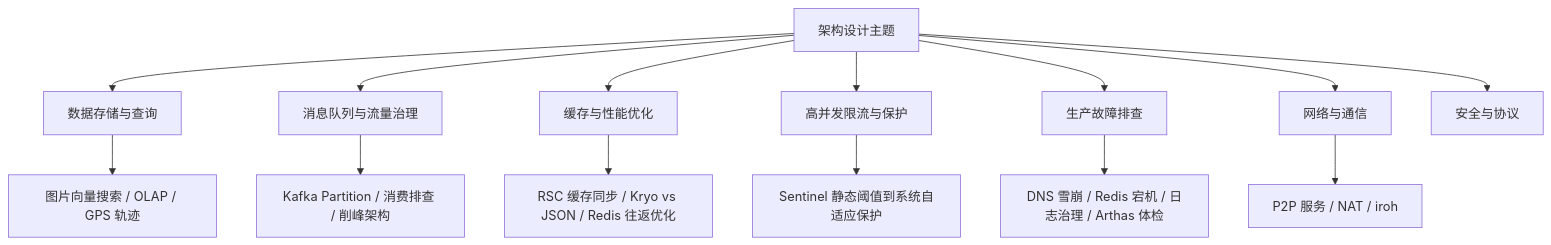
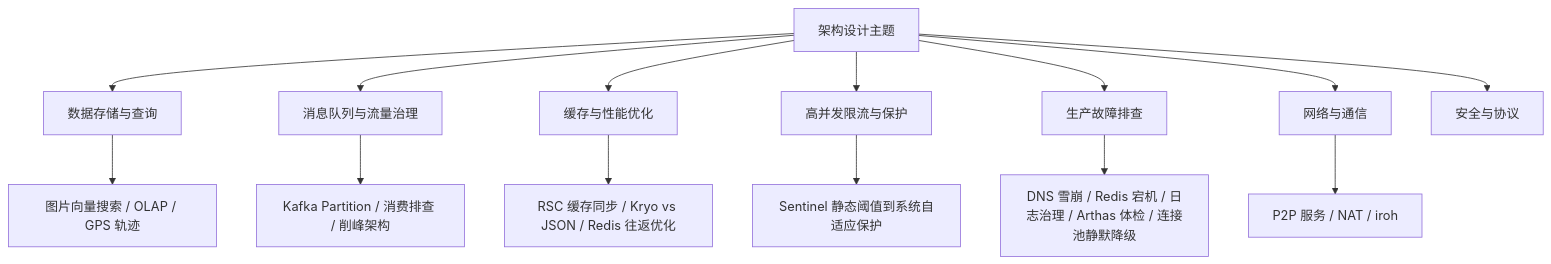
One commit to nishigepi8/note changed the diagram in 架构设计/README.md. Above: the diagram before and after it, drawn with Mermaid. The commit also changed other lines of this file and 1 other file, not shown here.

````diff
--- a/架构设计/README.md
+++ b/架构设计/README.md
@@ -16,16 +16,16 @@
 ```mermaid
 flowchart TB
     A[架构设计主题] --> B[数据存储与查询]
     A --> C[消息队列与流量治理]
     A --> D[缓存与性能优化]
     A --> E[高并发限流与保护]
     A --> F[生产故障排查]
     A --> G[网络与通信]
     A --> H[安全与协议]
     B --> B1[图片向量搜索 / OLAP / GPS 轨迹]
     C --> C1[Kafka Partition / 消费排查 / 削峰架构]
     D --> D1[RSC 缓存同步 / Kryo vs JSON / Redis 往返优化]
     E --> E1[Sentinel 静态阈值到系统自适应保护]
-    F --> F1[DNS 雪崩 / Redis 宕机 / 日志治理 / Arthas 体检]
+    F --> F1[DNS 雪崩 / Redis 宕机 / 日志治理 / Arthas 体检 / 连接池静默降级]
     G --> G1[P2P 服务 / NAT / iroh]
 ```
````
